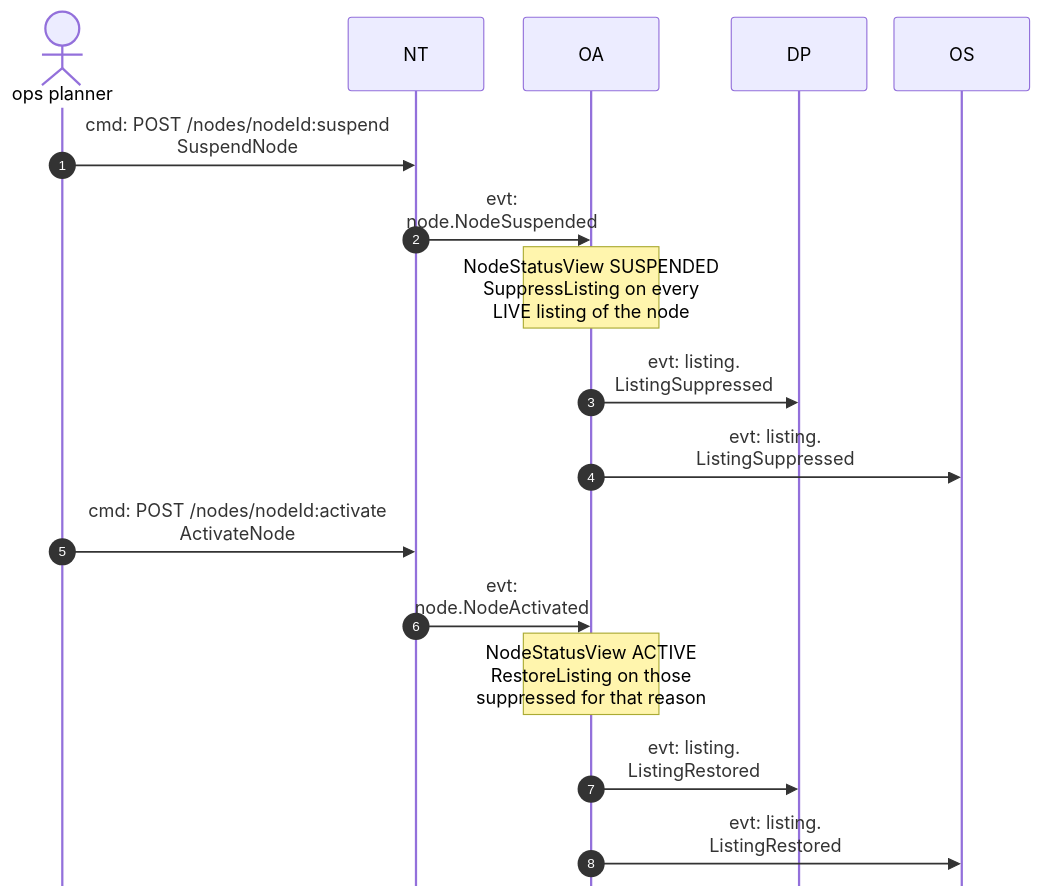
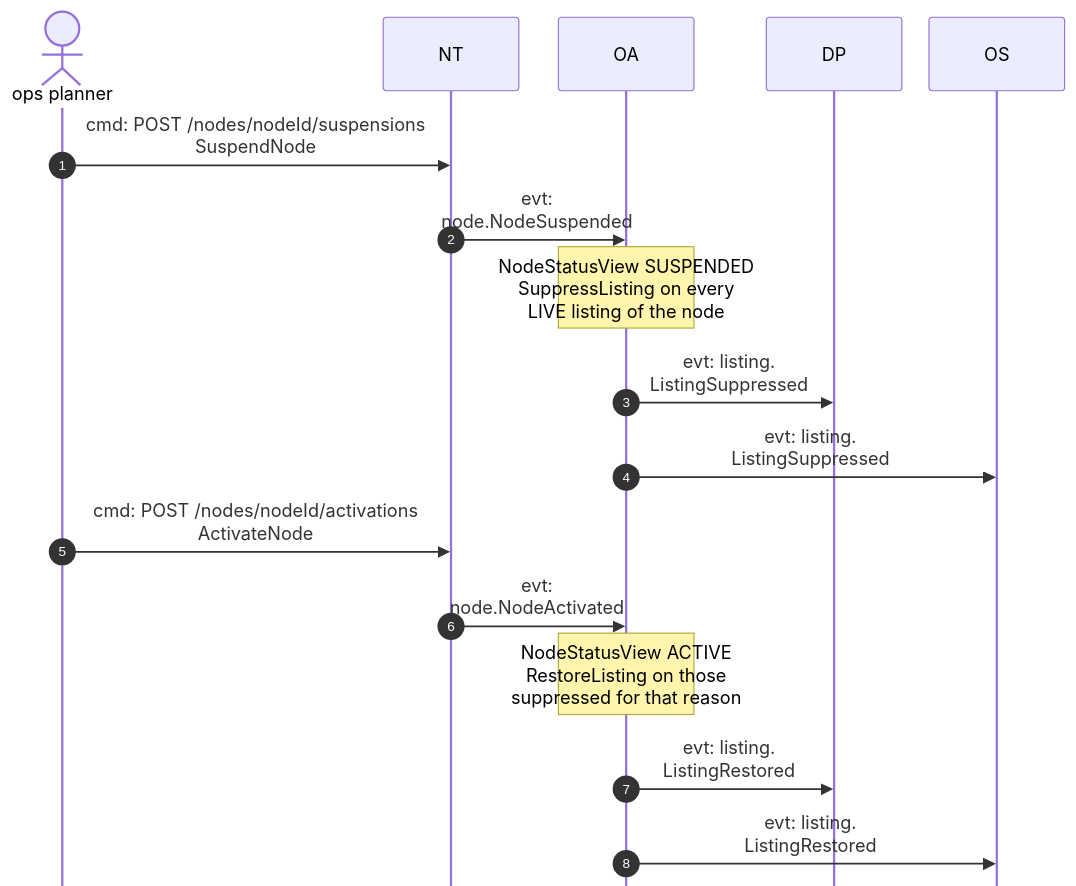
The fourth of 6 diagrams in network/docs/contexts/offer-availability/domain-message-flow.md (IQVO/warehouse-docs), drawn with Mermaid before and after one commit. The commit also changed 272 other files, not shown here.

````diff
--- a/network/docs/contexts/offer-availability/domain-message-flow.md
+++ b/network/docs/contexts/offer-availability/domain-message-flow.md
@@ -131,20 +131,20 @@
 ```mermaid
 %%{init: {"sequence": {"wrap": true, "width": 120, "actorMargin": 24, "messageMargin": 28, "boxMargin": 6, "noteMargin": 6, "mirrorActors": false}}}%%
 sequenceDiagram
     autonumber
     actor OPS as ops planner
     participant NT
     participant OA
     participant DP
     participant OS
-    OPS->>NT: cmd: POST /nodes/nodeId:suspend<br/>SuspendNode
+    OPS->>NT: cmd: POST /nodes/nodeId/suspensions<br/>SuspendNode
     NT->>OA: evt: node.NodeSuspended
     Note over OA: NodeStatusView SUSPENDED<br/>SuppressListing on every<br/>LIVE listing of the node
     OA->>DP: evt: listing.<br/>ListingSuppressed
     OA->>OS: evt: listing.<br/>ListingSuppressed
-    OPS->>NT: cmd: POST /nodes/nodeId:activate<br/>ActivateNode
+    OPS->>NT: cmd: POST /nodes/nodeId/activations<br/>ActivateNode
     NT->>OA: evt: node.NodeActivated
     Note over OA: NodeStatusView ACTIVE<br/>RestoreListing on those<br/>suppressed for that reason
     OA->>DP: evt: listing.<br/>ListingRestored
     OA->>OS: evt: listing.<br/>ListingRestored
 ```
````
